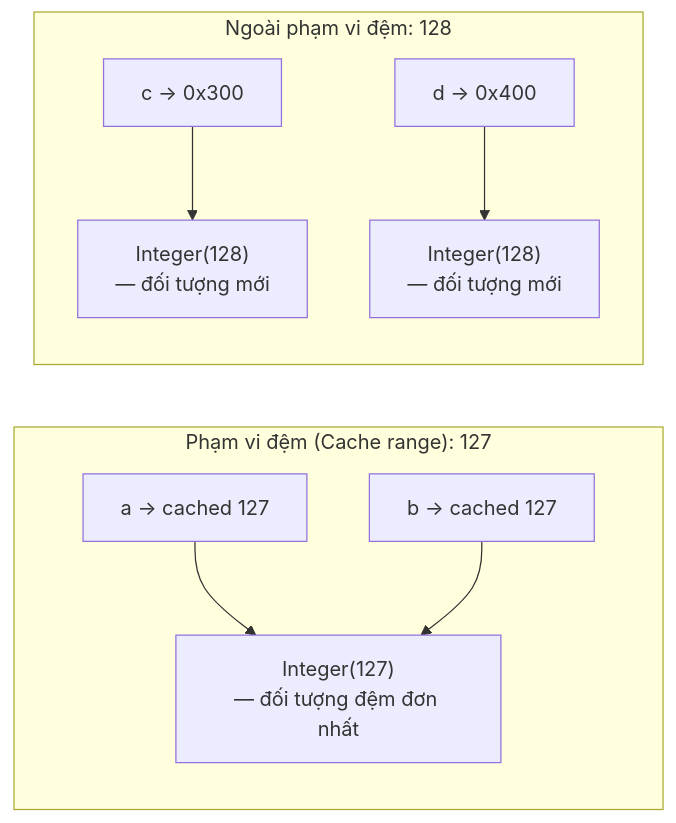
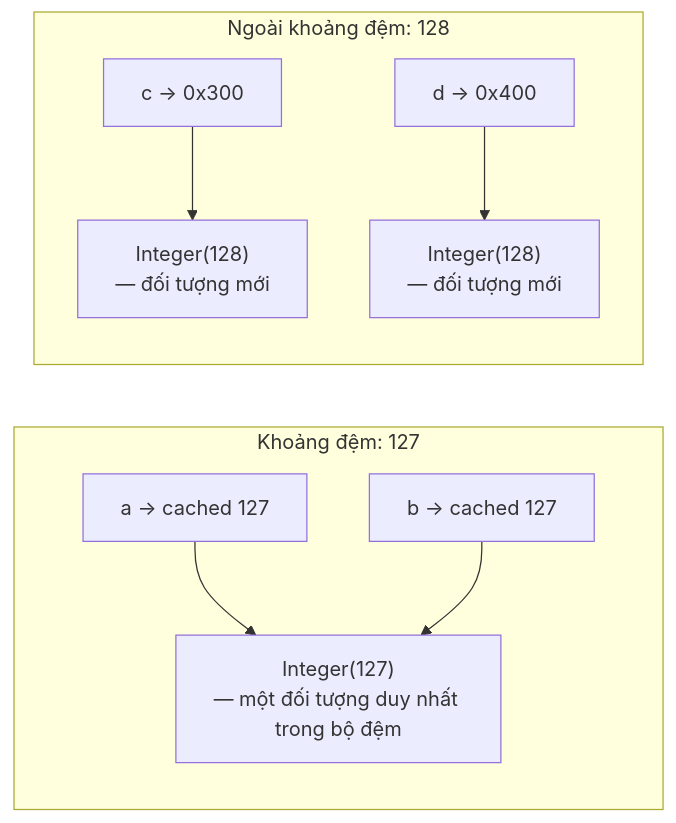
Before and after one commit to PhuThien2005/theoretical-of-java-core: the third of 3 diagrams in vi/03-data-types/theory/04-wrappers-null-equality.md, drawn with Mermaid. The commit also changed other lines of this file and 229 other files, not shown here.

````diff
--- a/vi/03-data-types/theory/04-wrappers-null-equality.md
+++ b/vi/03-data-types/theory/04-wrappers-null-equality.md
@@ -294,11 +294,11 @@
 ```mermaid
 flowchart LR
-    subgraph "Phạm vi đệm (Cache range): 127"
-        A1["a → cached 127"] --> CACHE["Integer(127)\n— đối tượng đệm đơn nhất"]
+    subgraph "Khoảng đệm: 127"
+        A1["a → cached 127"] --> CACHE["Integer(127)\n— một đối tượng duy nhất trong bộ đệm"]
         B1["b → cached 127"] --> CACHE
     end
-    subgraph "Ngoài phạm vi đệm: 128"
+    subgraph "Ngoài khoảng đệm: 128"
         C1["c → 0x300"] --> OBJ1["Integer(128)\n— đối tượng mới"]
         D1["d → 0x400"] --> OBJ2["Integer(128)\n— đối tượng mới"]
     end
 ```
````
